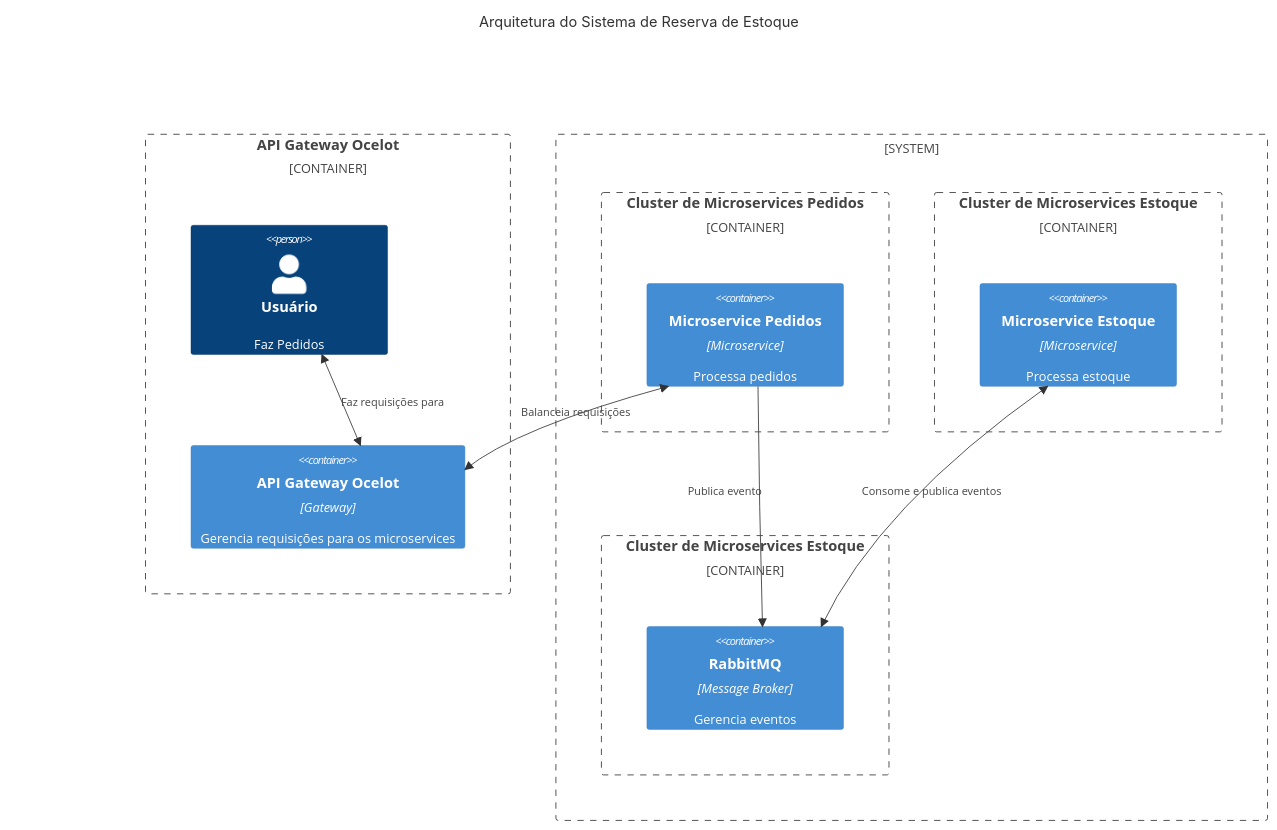
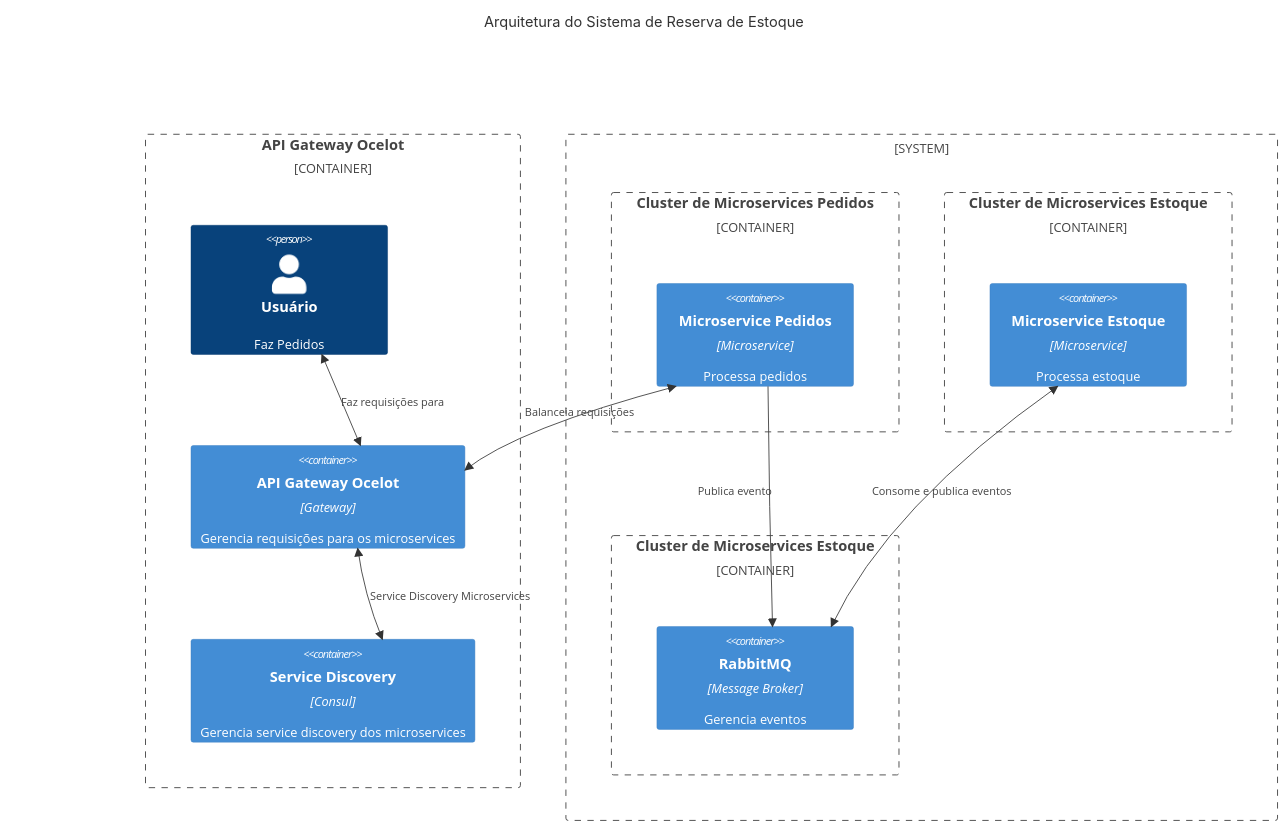
Before and after one commit to jeziellins/ReservaEstoqueDemo: the second of 2 diagrams in README.md, drawn with Mermaid.

Commit message:
Incluindo o componente Service Discovery no diagrama C4

````diff
--- a/README.md
+++ b/README.md
@@ -26,36 +26,38 @@
 ```mermaid
 C4Context
 title Arquitetura do Sistema de Reserva de Estoque
 
 Container_Boundary(Gateway, "API Gateway Ocelot") {    
     Person(Usuario, "Usuário", "Faz Pedidos")
-    Container(API_Gateway, "API Gateway Ocelot", "Gateway", "Gerencia requisições para os microservices")    
+    Container(API_Gateway, "API Gateway Ocelot", "Gateway", "Gerencia requisições para os microservices")
+    Container(Consul, "Service Discovery", "Consul", "Gerencia service discovery dos microservices")    
 }
 
 System_Boundary(Componentes, "") {
     Container_Boundary(PedidosCluster, "Cluster de Microservices Pedidos") {
         Container(MicroservicePedidos1, "Microservice Pedidos", "Microservice", "Processa pedidos")
         
     }
 
     Container_Boundary(EstoqueCluster, "Cluster de Microservices Estoque") {
         Container(MicroserviceEstoque1, "Microservice Estoque", "Microservice", "Processa estoque")
         
     }
 
     Container_Boundary(MessageBroker, "Cluster de Microservices Estoque") {
         Container(MessageBroker1, "RabbitMQ", "Message Broker", "Gerencia eventos")
     }
     
 }
 
 BiRel(Usuario, API_Gateway, "Faz requisições para")
+BiRel(API_Gateway, Consul, "Service Discovery Microservices")
 BiRel(API_Gateway, MicroservicePedidos1, "Balanceia requisições")
 Rel(MicroservicePedidos1, MessageBroker1, "Publica evento")
 BiRel(MessageBroker1, MicroserviceEstoque1, "Consome e publica eventos")
 
 UpdateRelStyle(API_Gateway, MicroservicePedidos1, $offsetX="-50", $offsetY="-20")
 UpdateRelStyle(MicroservicePedidos1, MessageBroker1, $offsetX="-80", $offsetY="-20")
 UpdateRelStyle(MessageBroker1, MicroserviceEstoque1, $offsetX="-80", $offsetY="-20")
 UpdateLayoutConfig($c4ShapeInRow="1", $c4BoundaryInRow="2")
 ```
````
